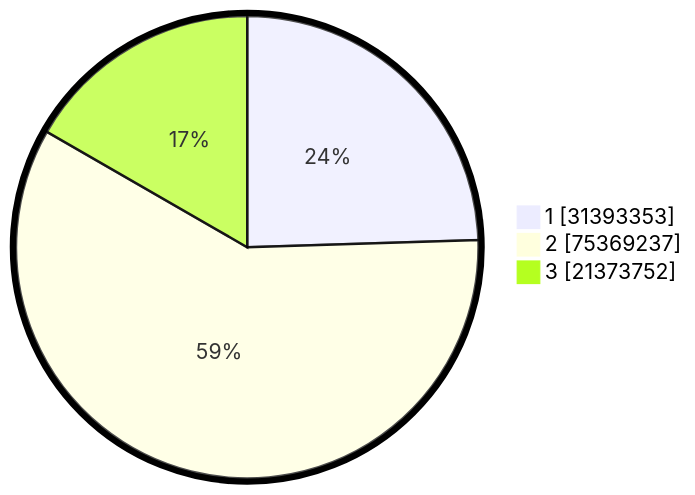
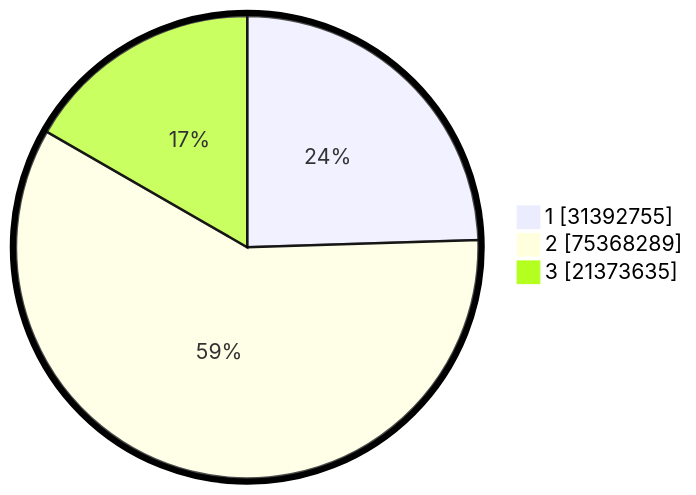
The second of 2 diagrams in pilpres/hitung-suara/README.md (gigit-pemilu/pemilu-2024), drawn with Mermaid before and after one commit. The commit also changed other lines of this file and 10 other files, not shown here.

````diff
--- a/pilpres/hitung-suara/README.md
+++ b/pilpres/hitung-suara/README.md
@@ -93,7 +93,7 @@
 ```mermaid
 %%{init: {"pie": {"textPosition": 0.5}, "themeVariables": {"pieOuterStrokeWidth": "5px"}} }%%
 pie showData
-    "1" : 31393353
-    "2" : 75369237
-    "3" : 21373752
+    "1" : 31392755
+    "2" : 75368289
+    "3" : 21373635
 ```
````
